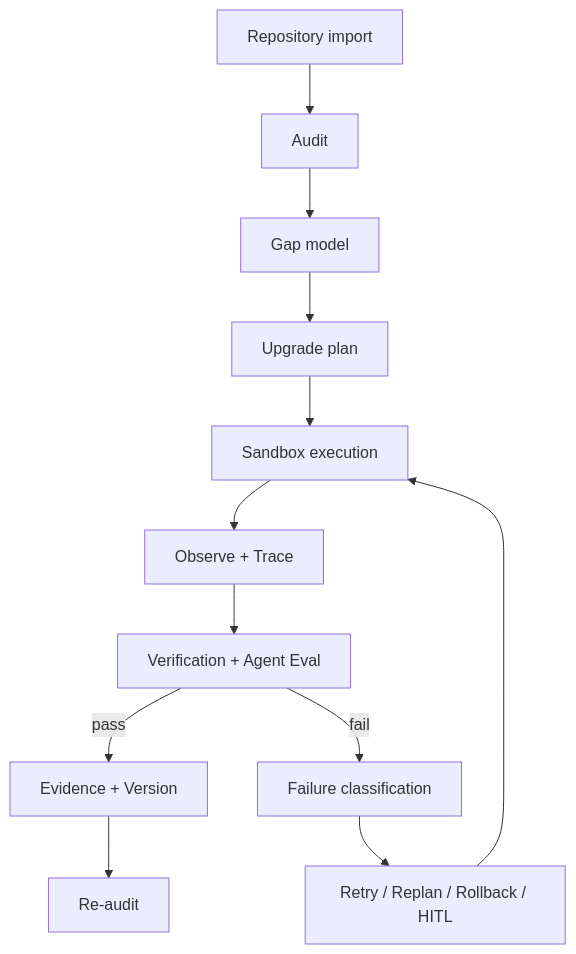
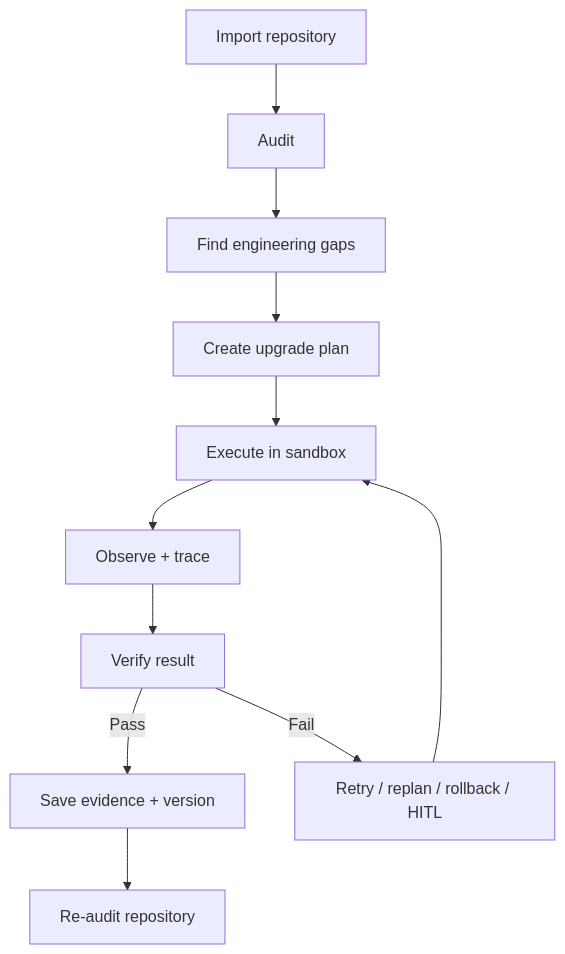
One commit to Benjamindaoson/ai-engineering-project-os changed the diagram in README.md. Above: the diagram before and after it, drawn with Mermaid. The commit also changed other lines of this file, not shown here.

````diff
--- a/README.md
+++ b/README.md
@@ -285,14 +181,13 @@
 ```mermaid
 flowchart TD
-    I["Repository import"] --> A["Audit"]
-    A --> G["Gap model"]
-    G --> P["Upgrade plan"]
-    P --> X["Sandbox execution"]
-    X --> O["Observe + Trace"]
-    O --> V["Verification + Agent Eval"]
-    V -->|pass| E["Evidence + Version"]
-    V -->|fail| F["Failure classification"]
-    F --> R["Retry / Replan / Rollback / HITL"]
-    R --> X
-    E --> A2["Re-audit"]
+    A["Import repository"] --> B["Audit"]
+    B --> C["Find engineering gaps"]
+    C --> D["Create upgrade plan"]
+    D --> E["Execute in sandbox"]
+    E --> F["Observe + trace"]
+    F --> G["Verify result"]
+    G -->|Pass| H["Save evidence + version"]
+    G -->|Fail| I["Retry / replan / rollback / HITL"]
+    I --> E
+    H --> J["Re-audit repository"]
 ```
````
